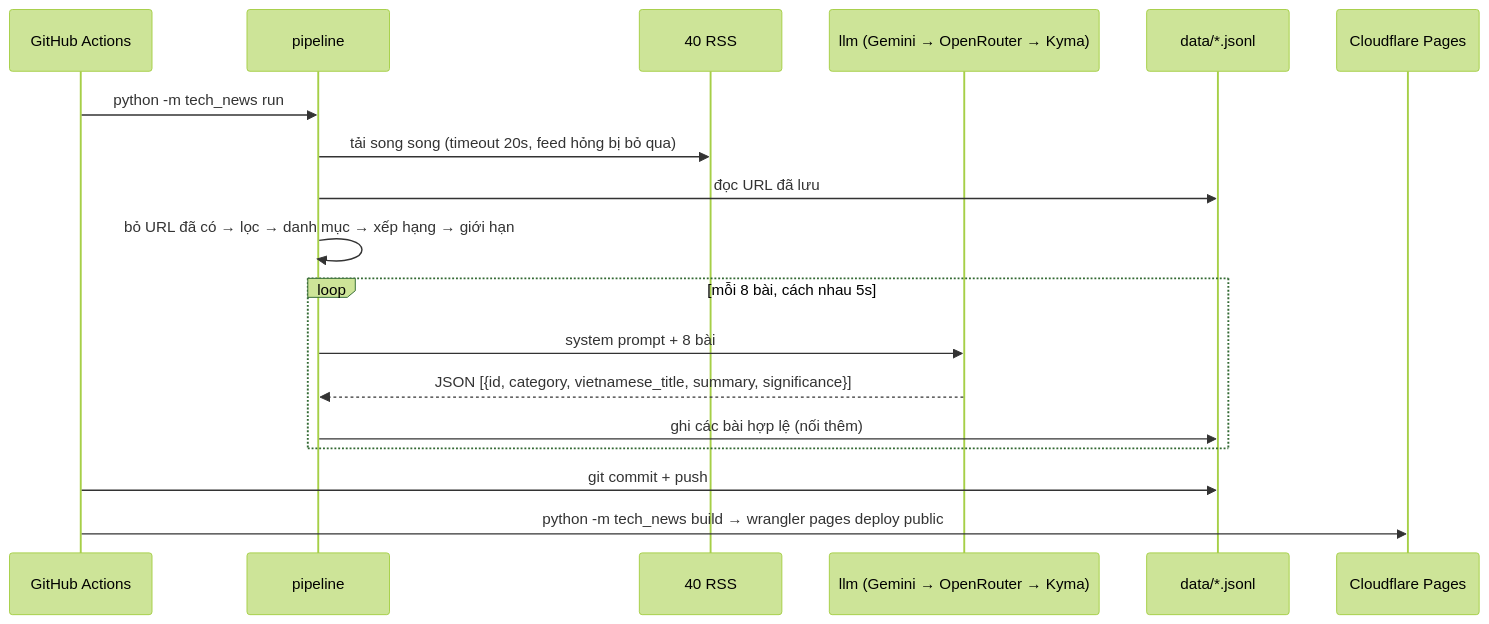
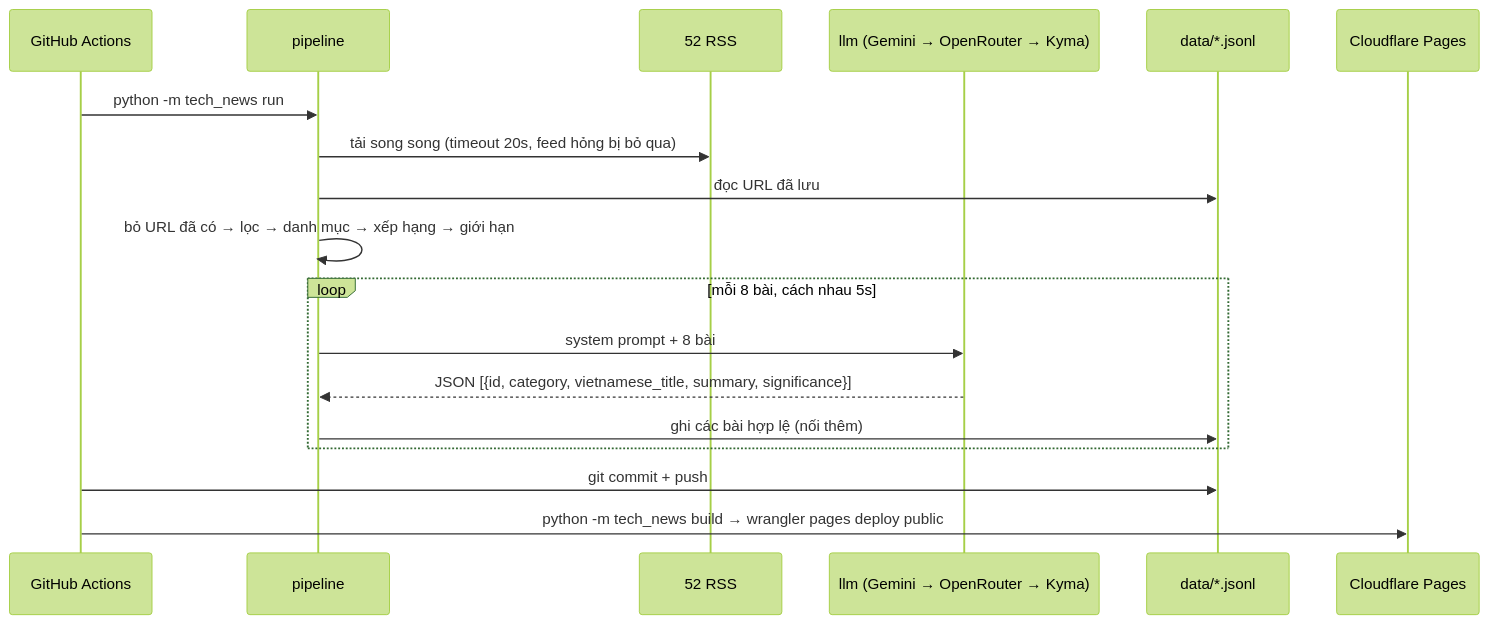
One commit to minmincute912/tech-new-agent changed the diagram in docs/architecture.md. Above: the diagram before and after it, drawn with Mermaid (forest theme). The commit also changed 3 other files, not shown here.

````diff
--- a/docs/architecture.md
+++ b/docs/architecture.md
@@ -5,20 +5,20 @@
 ```mermaid
 sequenceDiagram
     participant GA as GitHub Actions
     participant P as pipeline
-    participant R as 40 RSS
+    participant R as 52 RSS
     participant L as llm (Gemini → OpenRouter → Kyma)
     participant D as data/*.jsonl
     participant CF as Cloudflare Pages
     GA->>P: python -m tech_news run
     P->>R: tải song song (timeout 20s, feed hỏng bị bỏ qua)
     P->>D: đọc URL đã lưu
     P->>P: bỏ URL đã có → lọc → danh mục → xếp hạng → giới hạn
     loop mỗi 8 bài, cách nhau 5s
         P->>L: system prompt + 8 bài
         L-->>P: JSON [{id, category, vietnamese_title, summary, significance}]
         P->>D: ghi các bài hợp lệ (nối thêm)
     end
     GA->>D: git commit + push
     GA->>CF: python -m tech_news build → wrangler pages deploy public
 ```
````
